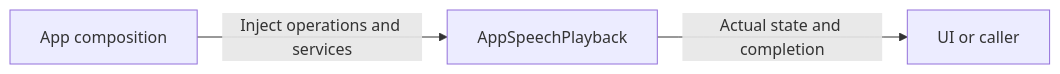
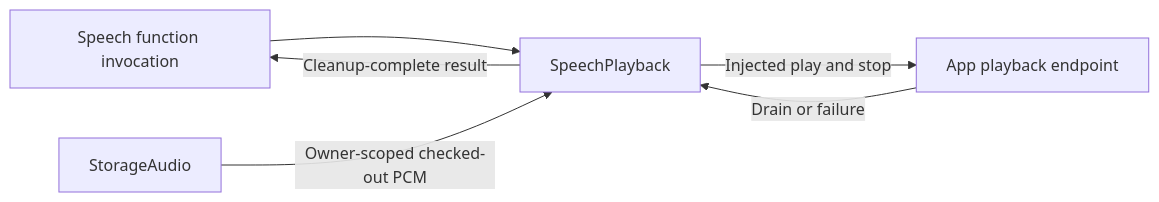
The diagram in MobileHarness/App/Workflows/Speech/README.md (devilyouwei/MobileHarness), drawn with Mermaid before and after one commit. The commit also changed other lines of this file and 116 other files, not shown here.

````diff
--- a/MobileHarness/App/Workflows/Speech/README.md
+++ b/MobileHarness/App/Workflows/Speech/README.md
@@ -7,5 +15,8 @@
 ```mermaid
 flowchart LR
-    Root[App composition] -->|Inject operations and services| Workflow[AppSpeechPlayback]
-    Workflow -->|Actual state and completion| Consumer[UI or caller]
+ Function[Speech function invocation] --> Playback[SpeechPlayback]
+ Storage[StorageAudio] -->|Owner-scoped checked-out PCM| Playback
+ Playback -->|Injected play and stop| Native[App playback endpoint]
+ Native -->|Drain or failure| Playback
+ Playback -->|Cleanup-complete result| Function
 ```
````
